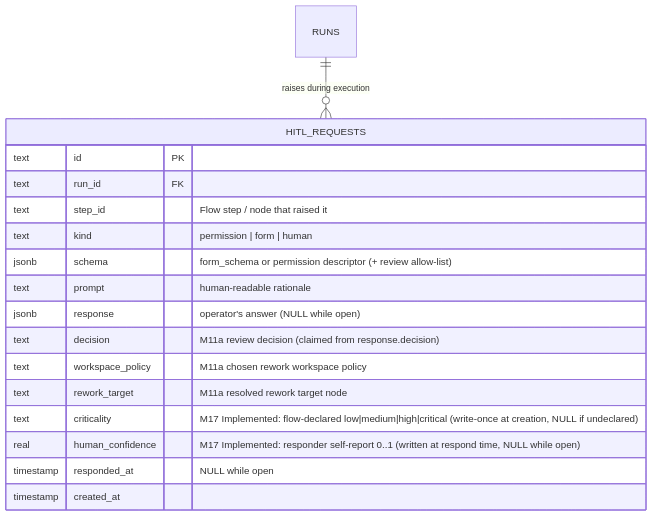
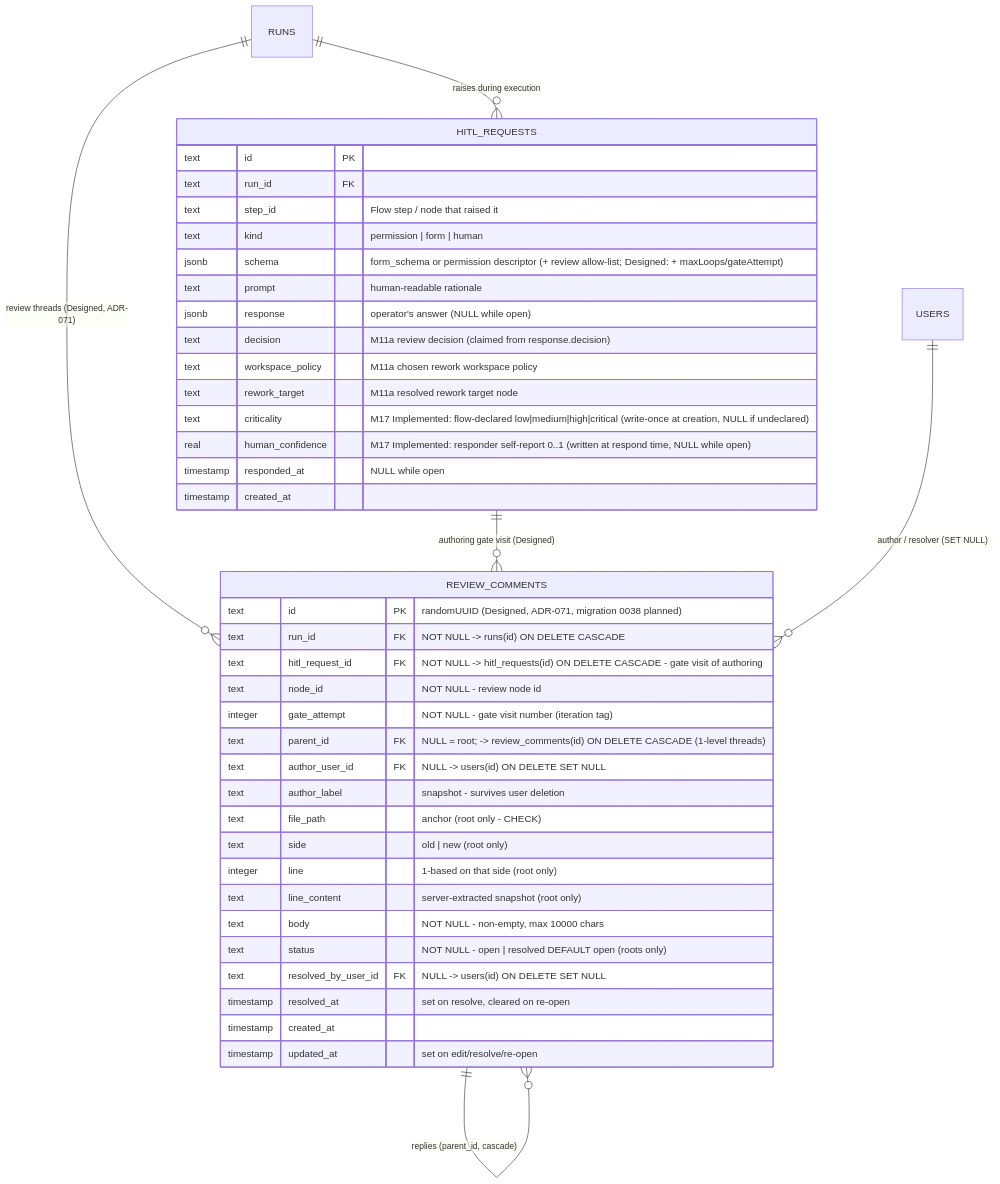
Before and after one commit to maister-dev/maister: the first of 2 diagrams in docs/db/hitl-domain.md, drawn with Mermaid. The commit also changed other lines of this file and 12 other files, not shown here.

First line of the commit message:
docs(review-comments): freeze ADR-071 + review-comments contract (analytics, ERD, OpenAPI)

````diff
--- a/docs/db/hitl-domain.md
+++ b/docs/db/hitl-domain.md
@@ -8,21 +10,46 @@
 ```mermaid
 erDiagram
     RUNS ||--o{ HITL_REQUESTS : "raises during execution"
+    RUNS ||--o{ REVIEW_COMMENTS : "review threads (Designed, ADR-071)"
+    HITL_REQUESTS ||--o{ REVIEW_COMMENTS : "authoring gate visit (Designed)"
+    USERS ||--o{ REVIEW_COMMENTS : "author / resolver (SET NULL)"
+    REVIEW_COMMENTS ||--o{ REVIEW_COMMENTS : "replies (parent_id, cascade)"
 
     HITL_REQUESTS {
         text id PK
         text run_id FK
         text step_id "Flow step / node that raised it"
         text kind "permission | form | human"
-        jsonb schema "form_schema or permission descriptor (+ review allow-list)"
+        jsonb schema "form_schema or permission descriptor (+ review allow-list; Designed: + maxLoops/gateAttempt)"
         text prompt "human-readable rationale"
         jsonb response "operator's answer (NULL while open)"
         text decision "M11a review decision (claimed from response.decision)"
         text workspace_policy "M11a chosen rework workspace policy"
         text rework_target "M11a resolved rework target node"
         text criticality "M17 Implemented: flow-declared low|medium|high|critical (write-once at creation, NULL if undeclared)"
         real human_confidence "M17 Implemented: responder self-report 0..1 (written at respond time, NULL while open)"
         timestamp responded_at "NULL while open"
         timestamp created_at
     }
+
+    REVIEW_COMMENTS {
+        text id PK "randomUUID (Designed, ADR-071, migration 0038 planned)"
+        text run_id FK "NOT NULL -> runs(id) ON DELETE CASCADE"
+        text hitl_request_id FK "NOT NULL -> hitl_requests(id) ON DELETE CASCADE - gate visit of authoring"
+        text node_id "NOT NULL - review node id"
+        integer gate_attempt "NOT NULL - gate visit number (iteration tag)"
+        text parent_id FK "NULL = root; -> review_comments(id) ON DELETE CASCADE (1-level threads)"
+        text author_user_id FK "NULL -> users(id) ON DELETE SET NULL"
+        text author_label "snapshot - survives user deletion"
+        text file_path "anchor (root only - CHECK)"
+        text side "old | new (root only)"
+        integer line "1-based on that side (root only)"
+        text line_content "server-extracted snapshot (root only)"
+        text body "NOT NULL - non-empty, max 10000 chars"
+        text status "NOT NULL - open | resolved DEFAULT open (roots only)"
+        text resolved_by_user_id FK "NULL -> users(id) ON DELETE SET NULL"
+        timestamp resolved_at "set on resolve, cleared on re-open"
+        timestamp created_at
+        timestamp updated_at "set on edit/resolve/re-open"
+    }
 ```
````
